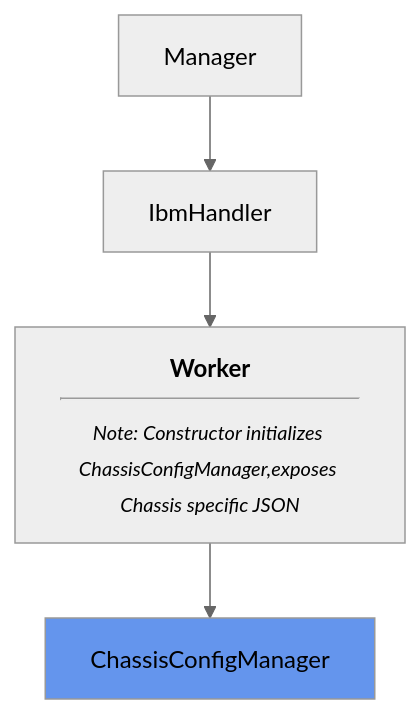
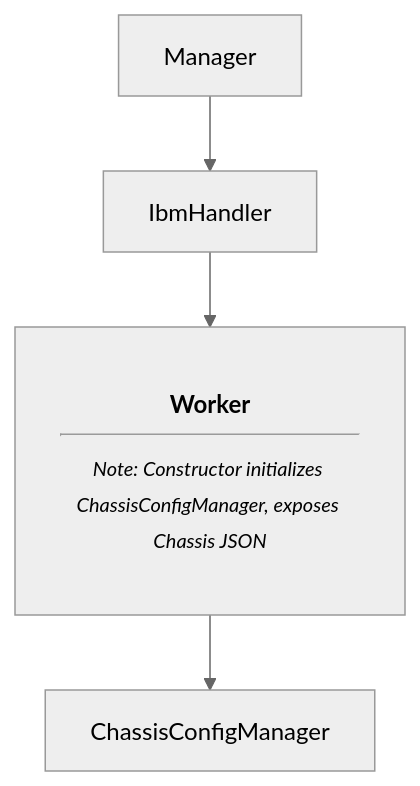
One commit to souvik1914581/openpower-vpd-parser changed the first of 2 diagrams in docs/chassis-manager.md. Above: the diagram before and after it, drawn with Mermaid (neutral theme). The commit also changed other lines of this file, not shown here.

Commit message:
Fix formatting and improve notes in chassis-manager.md

````diff
--- a/docs/chassis-manager.md
+++ b/docs/chassis-manager.md
@@ -128,10 +128,17 @@
 ```mermaid
 graph TB
     A[Manager] --> B[IbmHandler]
-    %%B --> C[Worker (initializes ChassisConfigManager and Worker::getSysCfgJsonObj exposes Chassis specific JSON)]
-    B --> C["<b>Worker</b><hr/><small><i>Note: Constructor initializes ChassisConfigManager,exposes Chassis specific JSON<br/></i></small>"]
+    
+    C["<b>Worker</b><hr/><small><i>Note: Constructor initializes ChassisConfigManager, exposes Chassis JSON<br/></i></small>"]
+    
+    B --> C
     C --> D[ChassisConfigManager]
 
-    style D fill:#6495ED
+    %% Apply the padding class to Node C
+    class C paddedNode
+    
+    %% Define the class
+    classDef paddedNode padding:100px
+    
 
 ```
````
